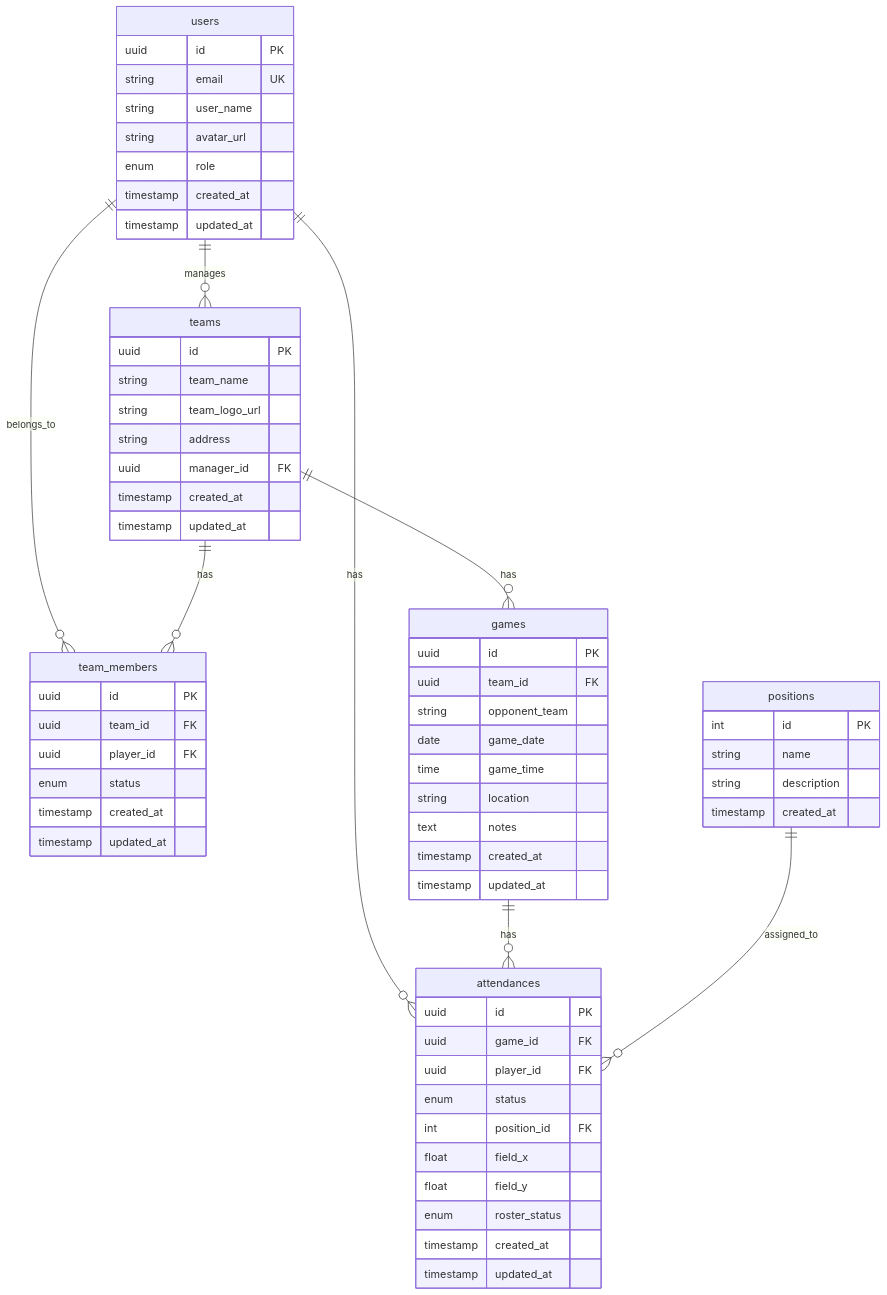
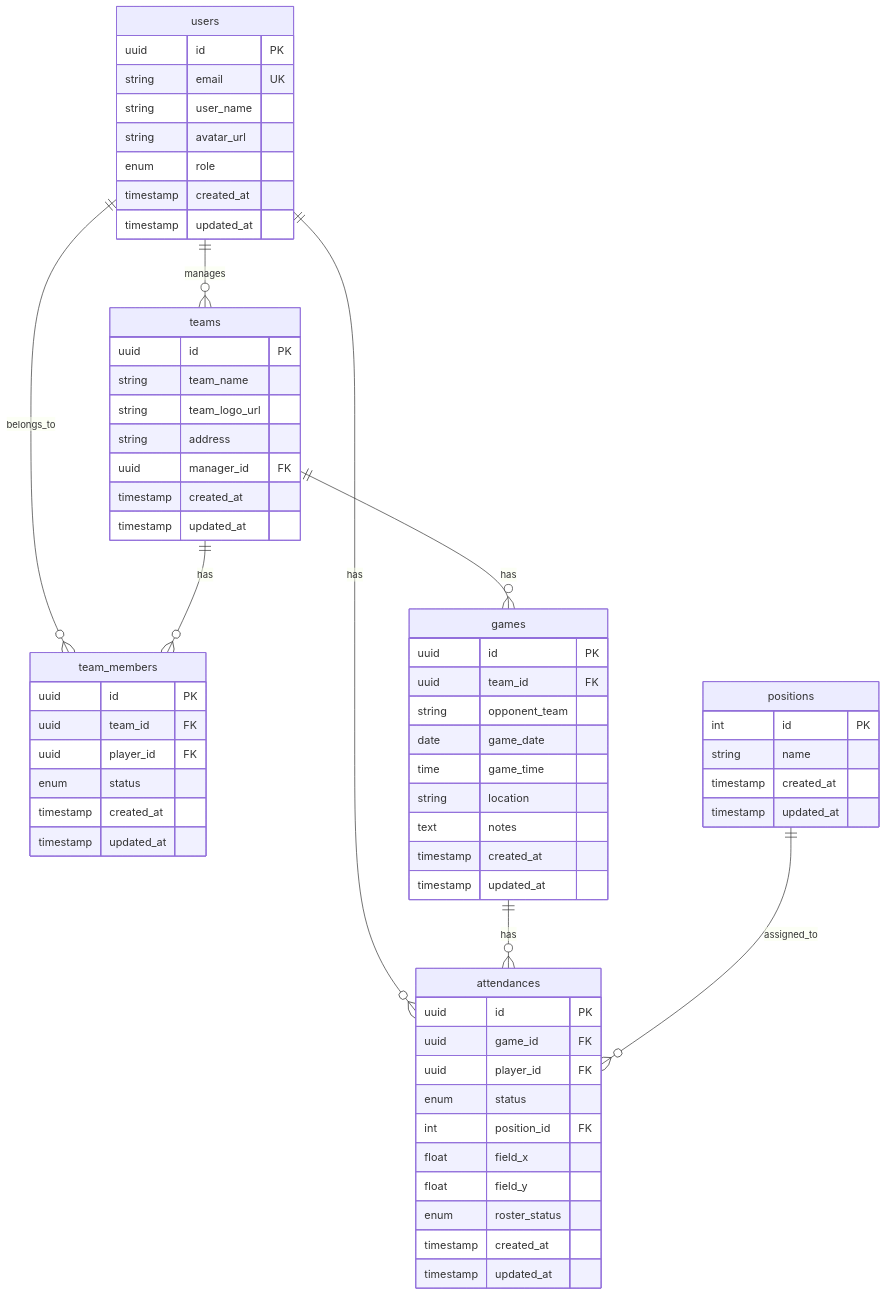
One commit to tsubasayamamoto322/matchmate changed the first of 4 diagrams in docs/design/03_データベース設計.md. Above: the diagram before and after it, drawn with Mermaid. The commit also changed other lines of this file, not shown here.

Commit message:
positonテーブル修正

````diff
--- a/docs/design/03_データベース設計.md
+++ b/docs/design/03_データベース設計.md
@@ -5,71 +5,71 @@
 ```mermaid
 erDiagram
     users ||--o{ teams : "manages"
     users ||--o{ team_members : "belongs_to"
     users ||--o{ attendances : "has"
     teams ||--o{ team_members : "has"
     teams ||--o{ games : "has"
     games ||--o{ attendances : "has"
     positions ||--o{ attendances : "assigned_to"
 
     users {
         uuid id PK
         string email UK
         string user_name
         string avatar_url
         enum role
         timestamp created_at
         timestamp updated_at
     }
 
     teams {
         uuid id PK
         string team_name
         string team_logo_url
         string address
         uuid manager_id FK
         timestamp created_at
         timestamp updated_at
     }
 
     team_members {
         uuid id PK
         uuid team_id FK
         uuid player_id FK
         enum status
         timestamp created_at
         timestamp updated_at
     }
 
     games {
         uuid id PK
         uuid team_id FK
         string opponent_team
         date game_date
         time game_time
         string location
         text notes
         timestamp created_at
         timestamp updated_at
     }
 
     attendances {
         uuid id PK
         uuid game_id FK
         uuid player_id FK
         enum status
         int position_id FK
         float field_x
         float field_y
         enum roster_status
         timestamp created_at
         timestamp updated_at
     }
 
     positions {
         int id PK
         string name
-        string description
         timestamp created_at
+        timestamp updated_at
     }
 ```
````
